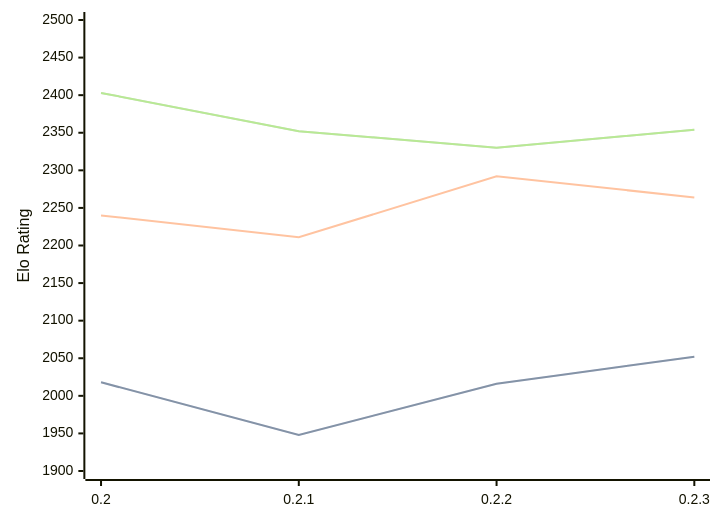
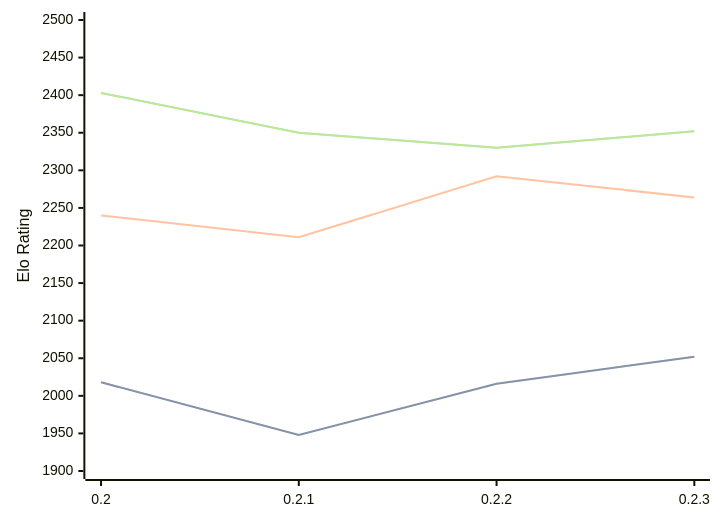
One commit to computer-chess-index/cci changed the diagram in engines/Lolbot.md. Above: the diagram before and after it, drawn with Mermaid. The commit also changed other lines of this file, not shown here.

Commit message:
Update CCI Ratings (ELO VLTC) - 2026-04-07

````diff
--- a/engines/Lolbot.md
+++ b/engines/Lolbot.md
@@ -35,11 +35,11 @@
 ```mermaid
 %%{init: {"theme":"base","themeVariables":{"seriesColors:['#a3a3a3','#222221','#faa371']}}}%%
 xychart-beta
   x-axis ["0.2", "0.2.1", "0.2.2", "0.2.3"]
   y-axis "Elo Rating" 1900 --> 2500
   line "STC (8.0+0.08s)" [2018, 1948, 2016, 2052]
   line "STC (8.0+0.08s)" [2018, 1948, 2016, 2052]
   line "LTC (60.0+0.60s)" [2240, 2211, 2292, 2264]
-  line "VLTC (2m24s+1.12s)" [2403, 2352, 2330, 2354]
-  line "VLTC (2m24s+1.12s)" [2403, 2352, 2330, 2354]
+  line "VLTC (2m24s+1.12s)" [2403, 2350, 2330, 2352]
+  line "VLTC (2m24s+1.12s)" [2403, 2350, 2330, 2352]
 ```
````
